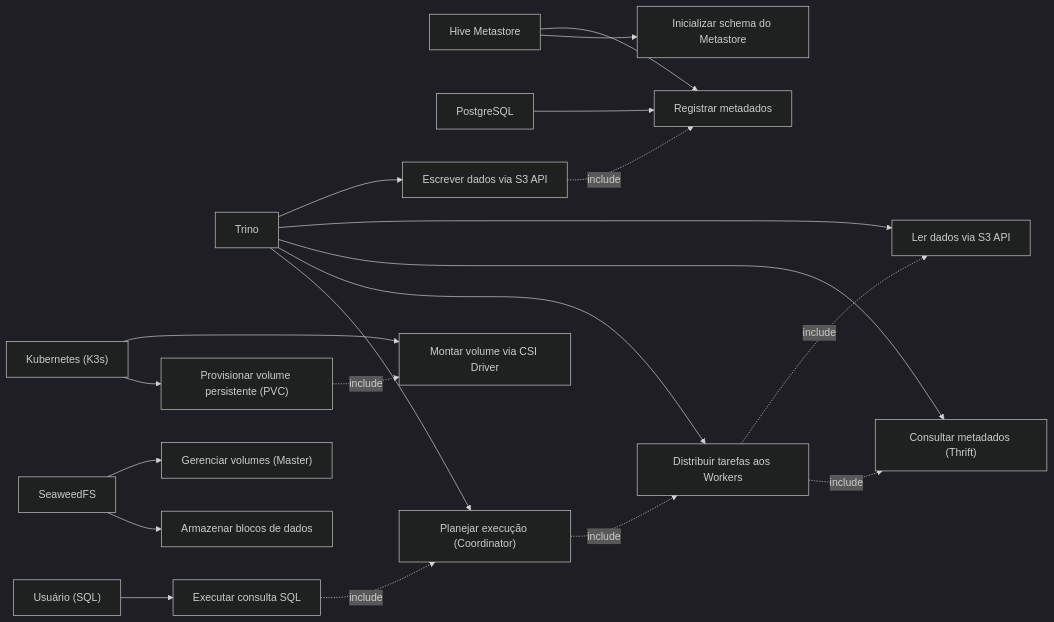
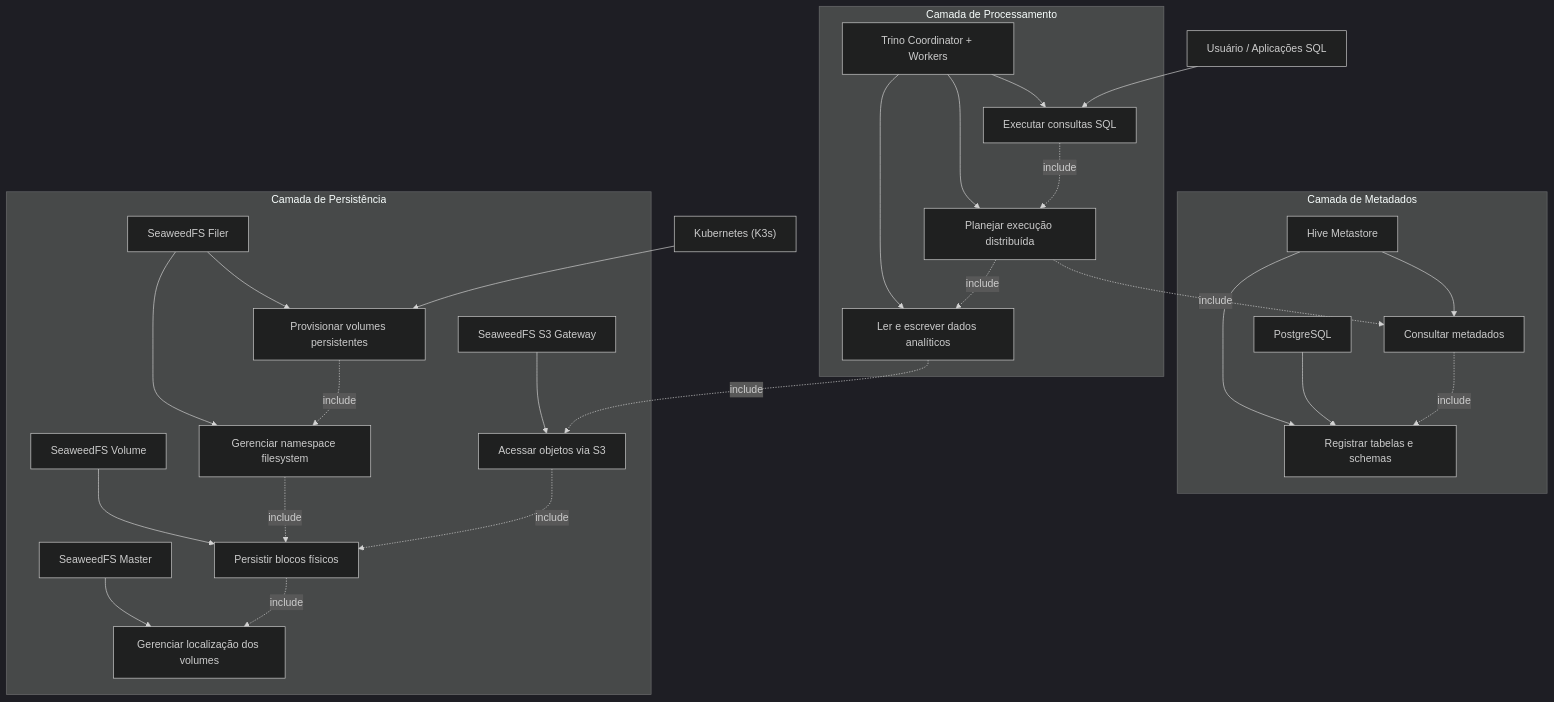
The diagram in README.md (ericsonbarbosa/seaweed-trino-lab-data-lakehouse), drawn with Mermaid (dark theme) before and after one commit. The commit also changed other lines of this file, not shown here.

Commit message:
update - ajuste no readme

````diff
--- a/README.md
+++ b/README.md
@@ -19,49 +21,81 @@
 ```mermaid
-flowchart LR
+flowchart TB
 
-    User["Usuário (SQL)"]
-    K8s["Kubernetes (K3s)"]
-    Trino["Trino"]
-    Hive["Hive Metastore"]
-    Seaweed["SeaweedFS"]
-    PG["PostgreSQL"]
+    %% =========================
+    %% ATORES
+    %% =========================
+    USER["Usuário / Aplicações SQL"]
+    K8S["Kubernetes (K3s)"]
 
-    UC1["Executar consulta SQL"]
-    UC2["Planejar execução (Coordinator)"]
-    UC3["Distribuir tarefas aos Workers"]
-    UC4["Consultar metadados (Thrift)"]
-    UC5["Ler dados via S3 API"]
-    UC6["Escrever dados via S3 API"]
-    UC7["Provisionar volume persistente (PVC)"]
-    UC8["Montar volume via CSI Driver"]
-    UC9["Armazenar blocos de dados"]
-    UC10["Gerenciar volumes (Master)"]
-    UC11["Inicializar schema do Metastore"]
-    UC12["Registrar metadados"]
+    %% =========================
+    %% CAMADA COMPUTE
+    %% =========================
+    subgraph COMPUTE["Camada de Processamento"]
+        TRINO["Trino Coordinator + Workers"]
 
-    User --> UC1
+        UC1["Executar consultas SQL"]
+        UC2["Planejar execução distribuída"]
+        UC3["Ler e escrever dados analíticos"]
 
-    Trino --> UC2
-    Trino --> UC3
-    Trino --> UC4
-    Trino --> UC5
-    Trino --> UC6
+        TRINO --> UC1
+        TRINO --> UC2
+        TRINO --> UC3
+    end
 
-    Hive --> UC11
-    Hive --> UC12
+    %% =========================
+    %% CAMADA METADATA
+    %% =========================
+    subgraph METADATA["Camada de Metadados"]
+        HIVE["Hive Metastore"]
+        PG["PostgreSQL"]
 
-    Seaweed --> UC9
-    Seaweed --> UC10
+        UC4["Consultar metadados"]
+        UC5["Registrar tabelas e schemas"]
 
-    K8s --> UC7
-    K8s --> UC8
+        HIVE --> UC4
+        HIVE --> UC5
+        PG --> UC5
+    end
 
-    PG --> UC12
+    %% =========================
+    %% CAMADA STORAGE
+    %% =========================
+    subgraph STORAGE["Camada de Persistência"]
+        S3["SeaweedFS S3 Gateway"]
+        FILER["SeaweedFS Filer"]
+        MASTER["SeaweedFS Master"]
+        VOLUME["SeaweedFS Volume"]
+
+        UC6["Acessar objetos via S3"]
+        UC7["Provisionar volumes persistentes"]
+        UC8["Gerenciar namespace filesystem"]
+        UC9["Persistir blocos físicos"]
+        UC10["Gerenciar localização dos volumes"]
+
+        S3 --> UC6
+        FILER --> UC7
+        FILER --> UC8
+        VOLUME --> UC9
+        MASTER --> UC10
+    end
+
+    %% =========================
+    %% RELAÇÕES DE USO
+    %% =========================
+    USER --> UC1
 
     UC1 -. include .-> UC2
+    UC2 -. include .-> UC4
     UC2 -. include .-> UC3
-    UC3 -. include .-> UC4
-    UC3 -. include .-> UC5
-    UC6 -. include .-> UC12
+
+    UC3 -. include .-> UC6
+
+    UC4 -. include .-> UC5
+
+    K8S --> UC7
     UC7 -. include .-> UC8
+    UC8 -. include .-> UC9
+
+    UC6 -. include .-> UC9
+    UC9 -. include .-> UC10
 ```
````
